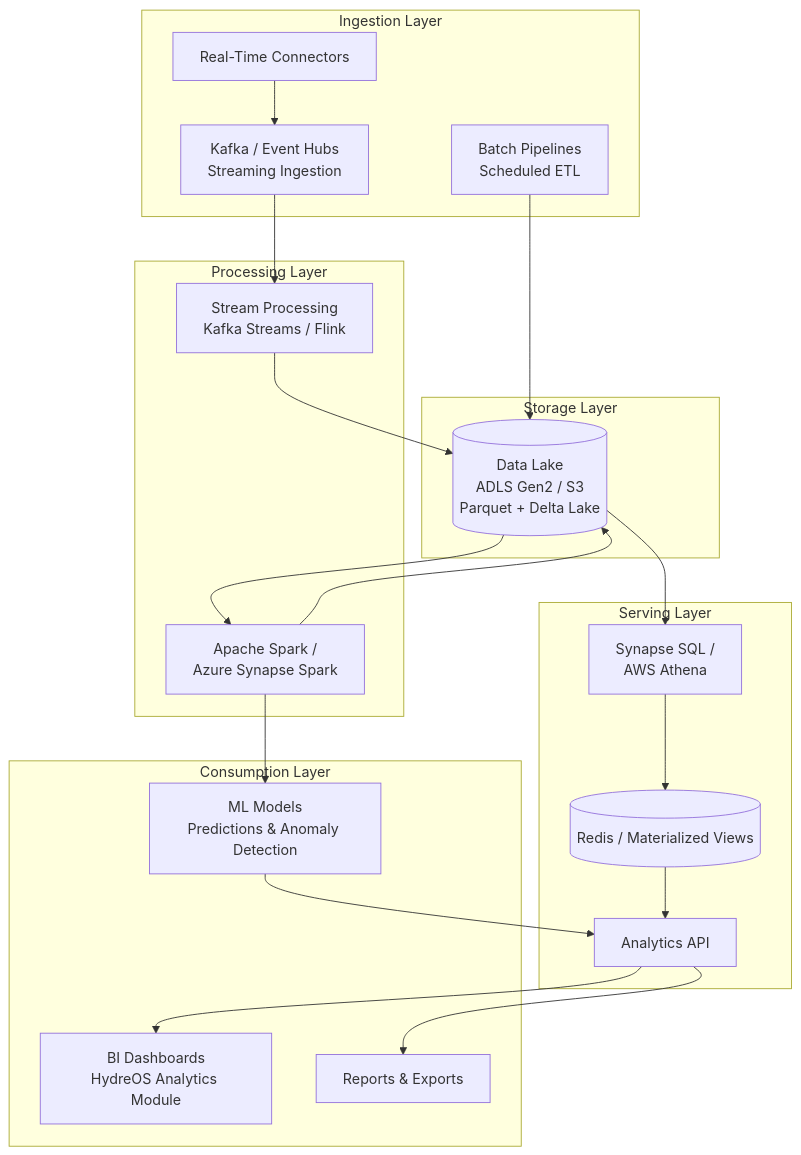
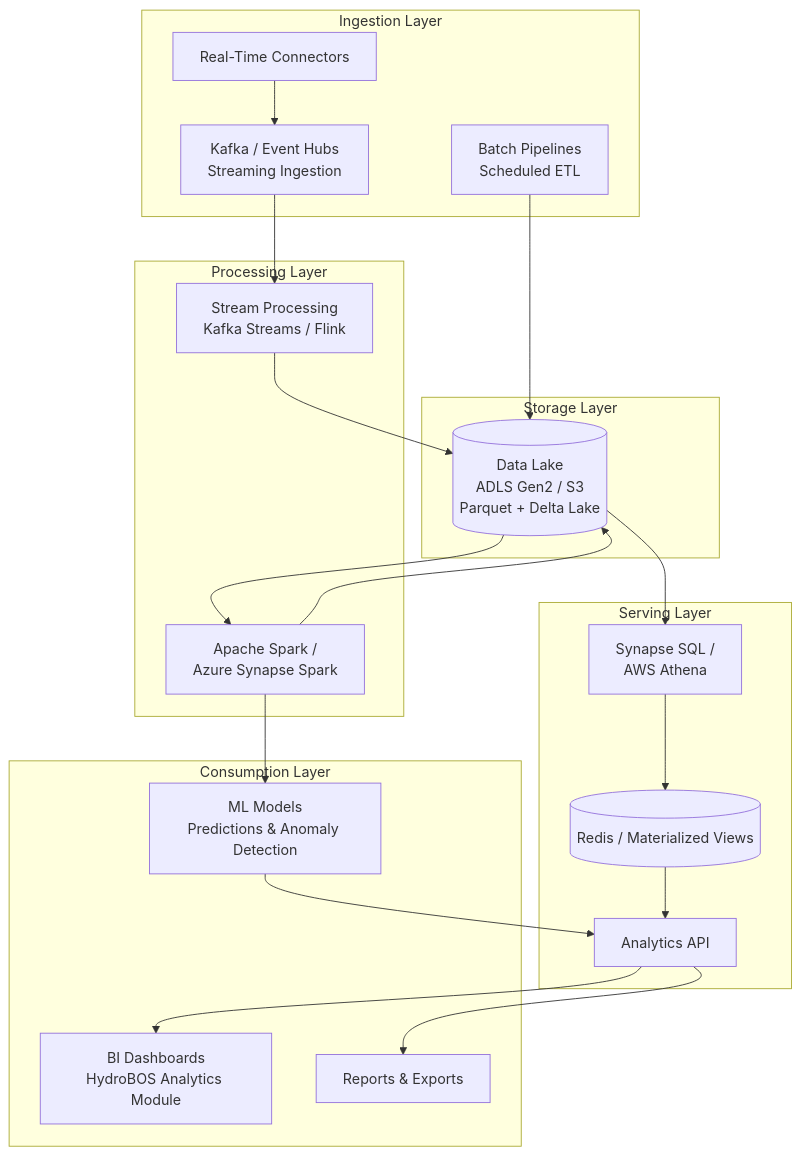
One commit to jrobinson-utahmmc/hydrobos changed the third of 4 diagrams in docs/06-data-platform-strategy.md. Above: the diagram before and after it, drawn with Mermaid. The commit also changed other lines of this file and 11 other files, not shown here.

````diff
--- a/docs/06-data-platform-strategy.md
+++ b/docs/06-data-platform-strategy.md
@@ -150,43 +150,43 @@
 ```mermaid
 graph TB
     subgraph "Ingestion Layer"
         KAFKA[Kafka / Event Hubs<br/>Streaming Ingestion]
         BATCH[Batch Pipelines<br/>Scheduled ETL]
         RT[Real-Time Connectors]
     end
 
     subgraph "Storage Layer"
         LAKE[(Data Lake<br/>ADLS Gen2 / S3<br/>Parquet + Delta Lake)]
     end
 
     subgraph "Processing Layer"
         SPARK[Apache Spark /<br/>Azure Synapse Spark]
         STREAM[Stream Processing<br/>Kafka Streams / Flink]
     end
 
     subgraph "Serving Layer"
         SQL[Synapse SQL /<br/>AWS Athena]
         CACHE2[(Redis / Materialized Views)]
         AAPI[Analytics API]
     end
 
     subgraph "Consumption Layer"
-        BI[BI Dashboards<br/>HydreOS Analytics Module]
+        BI[BI Dashboards<br/>HydroBOS Analytics Module]
         REP[Reports & Exports]
         ML[ML Models<br/>Predictions & Anomaly Detection]
     end
 
     RT --> KAFKA
     BATCH --> LAKE
     KAFKA --> STREAM
     STREAM --> LAKE
     LAKE --> SPARK
     SPARK --> LAKE
     LAKE --> SQL
     SQL --> CACHE2
     CACHE2 --> AAPI
     AAPI --> BI
     AAPI --> REP
     SPARK --> ML
     ML --> AAPI
 ```
````
